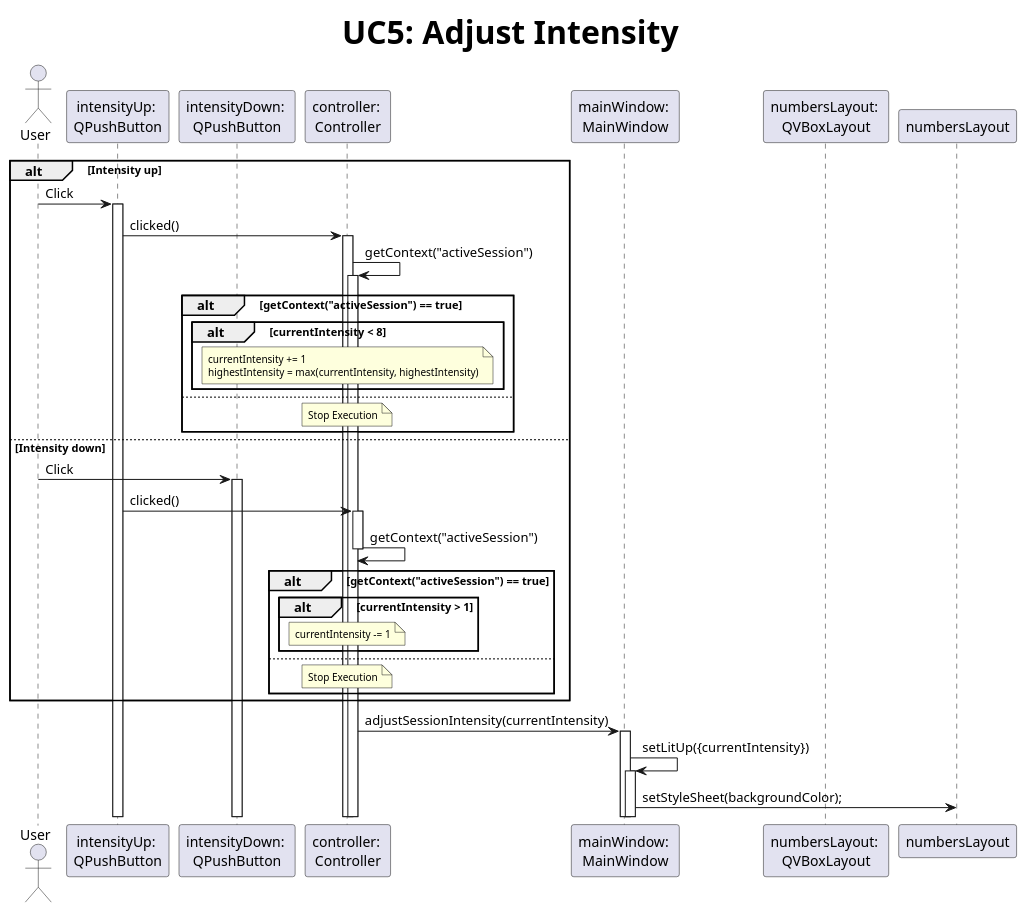
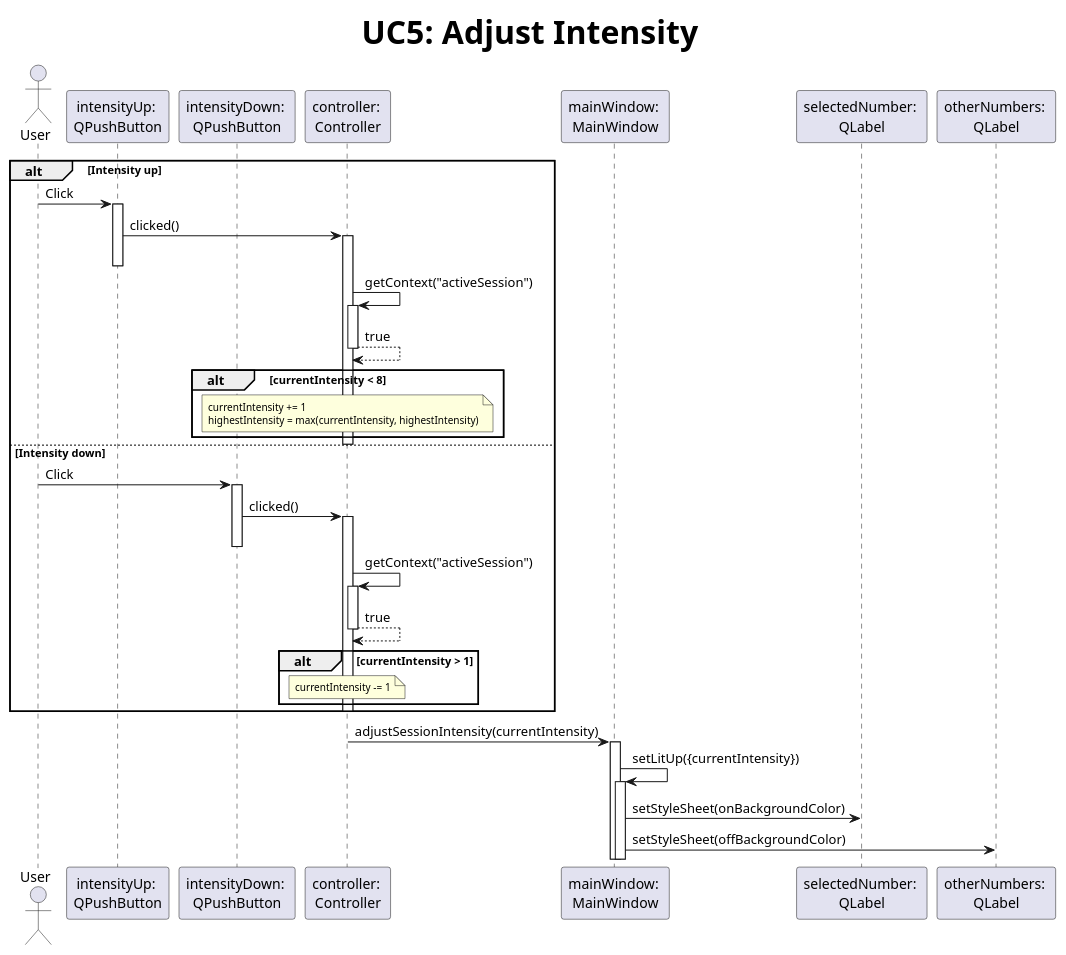
The diagram in design/sequence/UC5-adjustIntensity.plantuml (alejita11011/CES-Simulator), drawn with PlantUML before and after one commit.

Commit message:
Review UC5

```diff
--- a/design/sequence/UC5-adjustIntensity.plantuml
+++ b/design/sequence/UC5-adjustIntensity.plantuml
@@ -1,46 +1,46 @@
 @startuml UC5-adjustIntensity
 
 title <size:32>**UC5:** Adjust Intensity
 
 actor       User as user
 participant "intensityUp: \nQPushButton" as upButton
 participant "intensityDown: \nQPushButton" as downButton
 participant "controller: \nController" as controller
 participant "mainWindow: \nMainWindow" as mainWindow
-participant "numbersLayout: \nQVBoxLayout" as graph
+participant "selectedNumber: \nQLabel" as selectedNumber
+participant "otherNumbers: \nQLabel" as otherNumbers
 
 alt Intensity up
 
     user -> upButton ++ : Click
     upButton -> controller ++ : clicked()
+    deactivate upButton
     controller -> controller ++ : getContext("activeSession")
-    alt getContext("activeSession") == true
-        alt currentIntensity < 8
-            note over controller: <size:10>currentIntensity += 1 \n<size:10>highestIntensity = max(currentIntensity, highestIntensity)
-        end
-    else 
-        note over controller: <size:10>Stop Execution
+    return true
+    alt currentIntensity < 8
+        note over controller: <size:10>currentIntensity += 1 \n<size:10>highestIntensity = max(currentIntensity, highestIntensity)
     end
+    deactivate controller
 
 
 
 else Intensity down
 
     user -> downButton ++ : Click
-    upButton -> controller ++ : clicked()
-    controller -> controller -- : getContext("activeSession")
-    alt getContext("activeSession") == true
-        alt currentIntensity > 1
-            note over controller: <size:10>currentIntensity -= 1
-        end
-    else
-        note over controller: <size:10>Stop Execution
+    downButton -> controller ++ : clicked()
+    deactivate downButton
+    controller -> controller ++ : getContext("activeSession")
+    return true
+    alt currentIntensity > 1
+        note over controller: <size:10>currentIntensity -= 1
     end
+    deactivate controller
 
 end
 
 controller -> mainWindow ++ : adjustSessionIntensity(currentIntensity)
 mainWindow -> mainWindow ++ : setLitUp({currentIntensity})
-mainWindow -> numbersLayout : setStyleSheet(backgroundColor);
+mainWindow -> selectedNumber : setStyleSheet(onBackgroundColor)
+mainWindow -> otherNumbers: setStyleSheet(offBackgroundColor)
 
 @enduml
```
